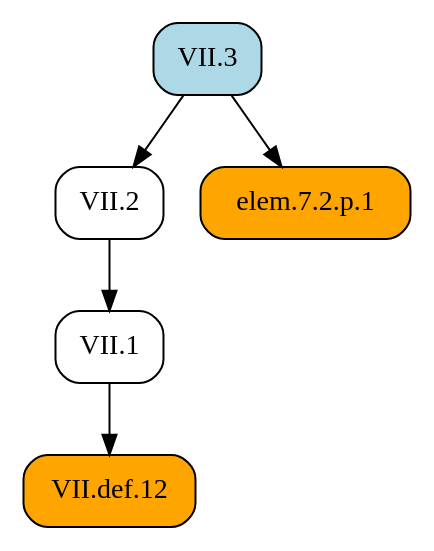
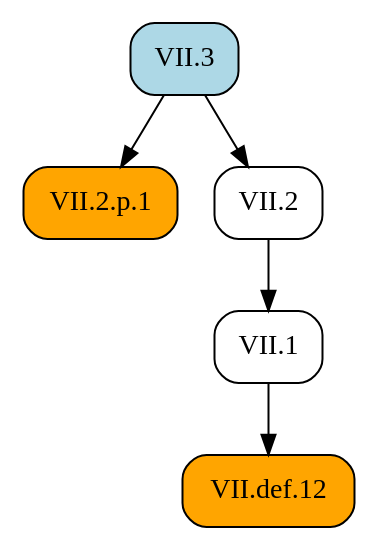
One commit to geometor/elements changed the diagram in docsrc/heath/VII/3/index.rst. Above: the diagram before and after it, drawn with Graphviz. The commit also changed other lines of this file and 484 other files, not shown here.

```diff
--- a/docsrc/heath/VII/3/index.rst
+++ b/docsrc/heath/VII/3/index.rst
@@ -78,15 +78,15 @@
 .. graphviz::
 
    digraph {
      rankdir="TB";
      node [shape=box, style=rounded];
+     "VII.3" [style="rounded,filled", fillcolor=lightblue, URL="/heath/VII/3/", target="_top"];
+     "VII.def.12" [style="rounded,filled", fillcolor=orange, URL="/heath/VII/def.12/", target="_top"];
+     "VII.2.p.1" [style="rounded,filled", fillcolor=orange];
      "VII.2" [URL="/heath/VII/2/", target="_top"];
-     "VII.def.12" [style="rounded,filled", fillcolor=orange, URL="/heath/VII/def.12/", target="_top"];
-     "elem.7.2.p.1" [style="rounded,filled", fillcolor=orange];
      "VII.1" [URL="/heath/VII/1/", target="_top"];
-     "VII.3" [style="rounded,filled", fillcolor=lightblue, URL="/heath/VII/3/", target="_top"];
+     "VII.1" -> "VII.def.12";
+     "VII.3" -> "VII.2.p.1";
      "VII.3" -> "VII.2";
-     "VII.1" -> "VII.def.12";
-     "VII.3" -> "elem.7.2.p.1";
      "VII.2" -> "VII.1";
    }
```
